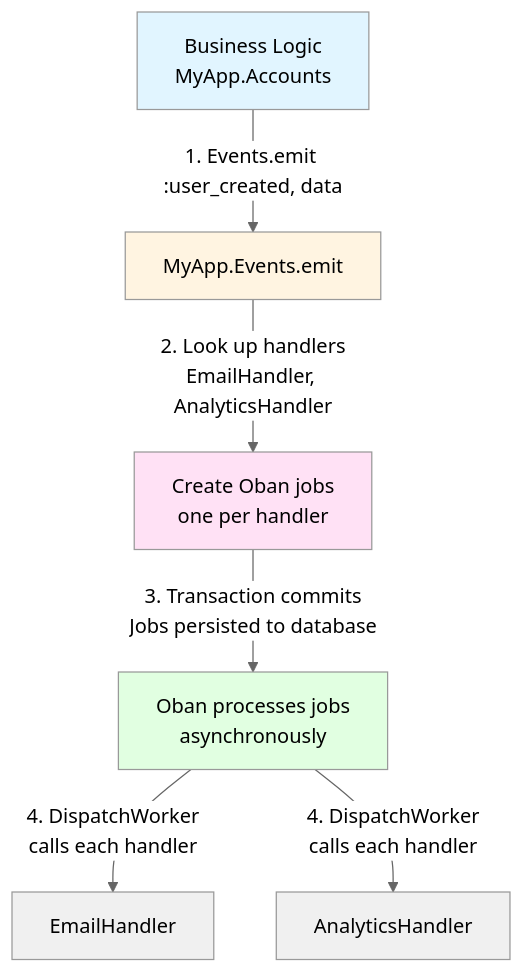
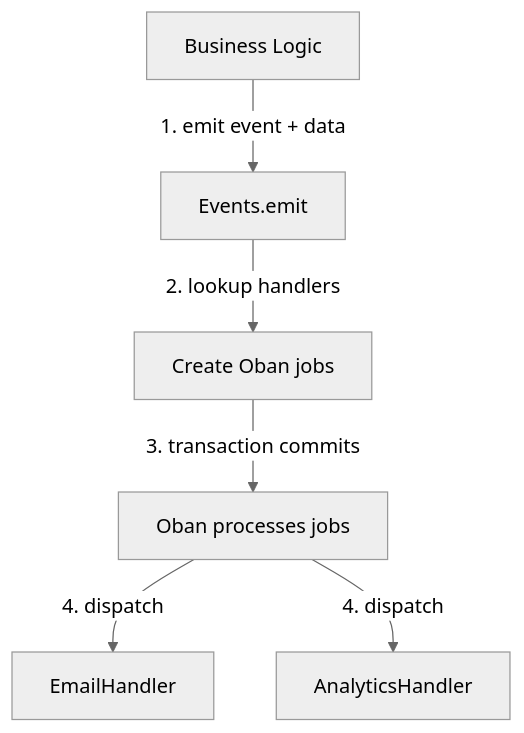
The diagram in README.md (allocator-one/oban-events), drawn with Mermaid (neutral theme) before and after one commit.

Commit message:
simplify mermaid chart

````diff
--- a/README.md
+++ b/README.md
@@ -100,15 +100,8 @@
 ```mermaid
 flowchart TD
-    A[Business Logic<br/>MyApp.Accounts] -->|1. Events.emit :user_created, data| B[MyApp.Events.emit]
-    B -->|2. Look up handlers<br/>EmailHandler, AnalyticsHandler| C[Create Oban jobs<br/>one per handler]
-    C -->|3. Transaction commits<br/>Jobs persisted to database| D[Oban processes jobs<br/>asynchronously]
-    D -->|4. DispatchWorker<br/>calls each handler| E[EmailHandler]
-    D -->|4. DispatchWorker<br/>calls each handler| F[AnalyticsHandler]
-
-    style A fill:#e1f5ff
-    style B fill:#fff4e1
-    style C fill:#ffe1f5
-    style D fill:#e1ffe1
-    style E fill:#f0f0f0
-    style F fill:#f0f0f0
+    A[Business Logic] -->|1. emit event + data| B[Events.emit]
+    B -->|2. lookup handlers| C[Create Oban jobs]
+    C -->|3. transaction commits| D[Oban processes jobs]
+    D -->|4. dispatch| E[EmailHandler]
+    D -->|4. dispatch| F[AnalyticsHandler]
 ```
````
